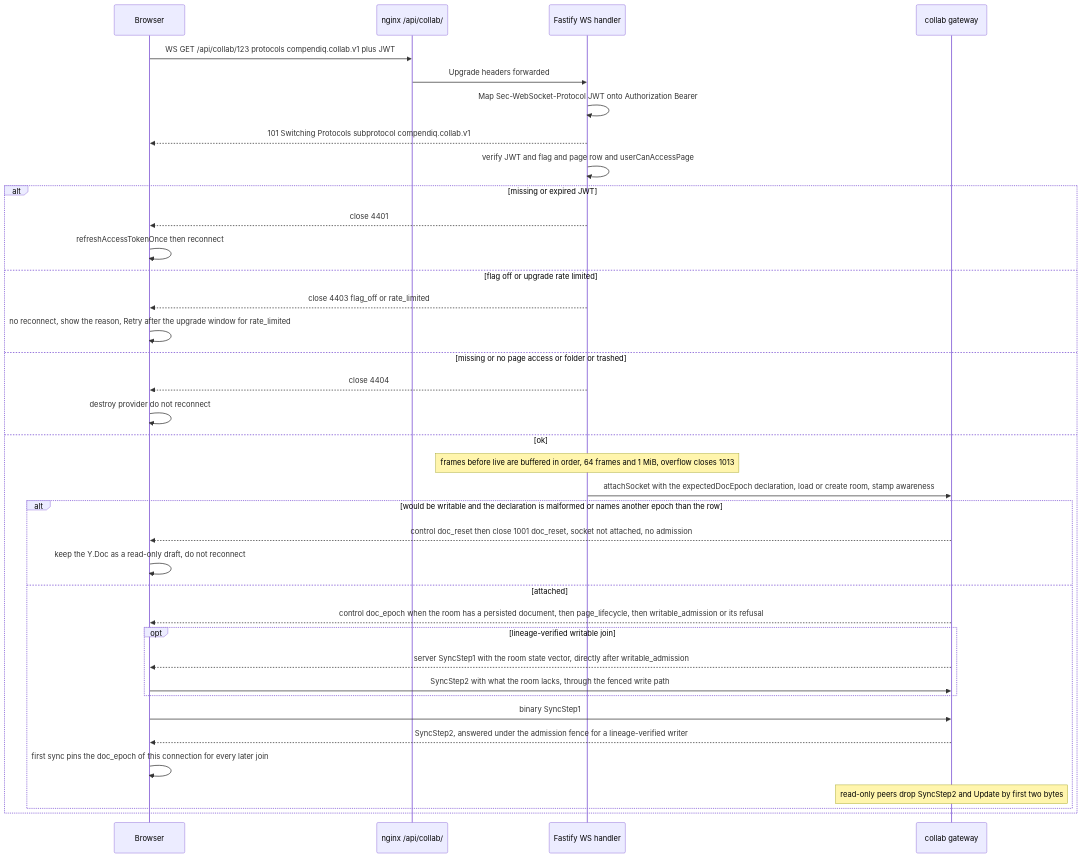
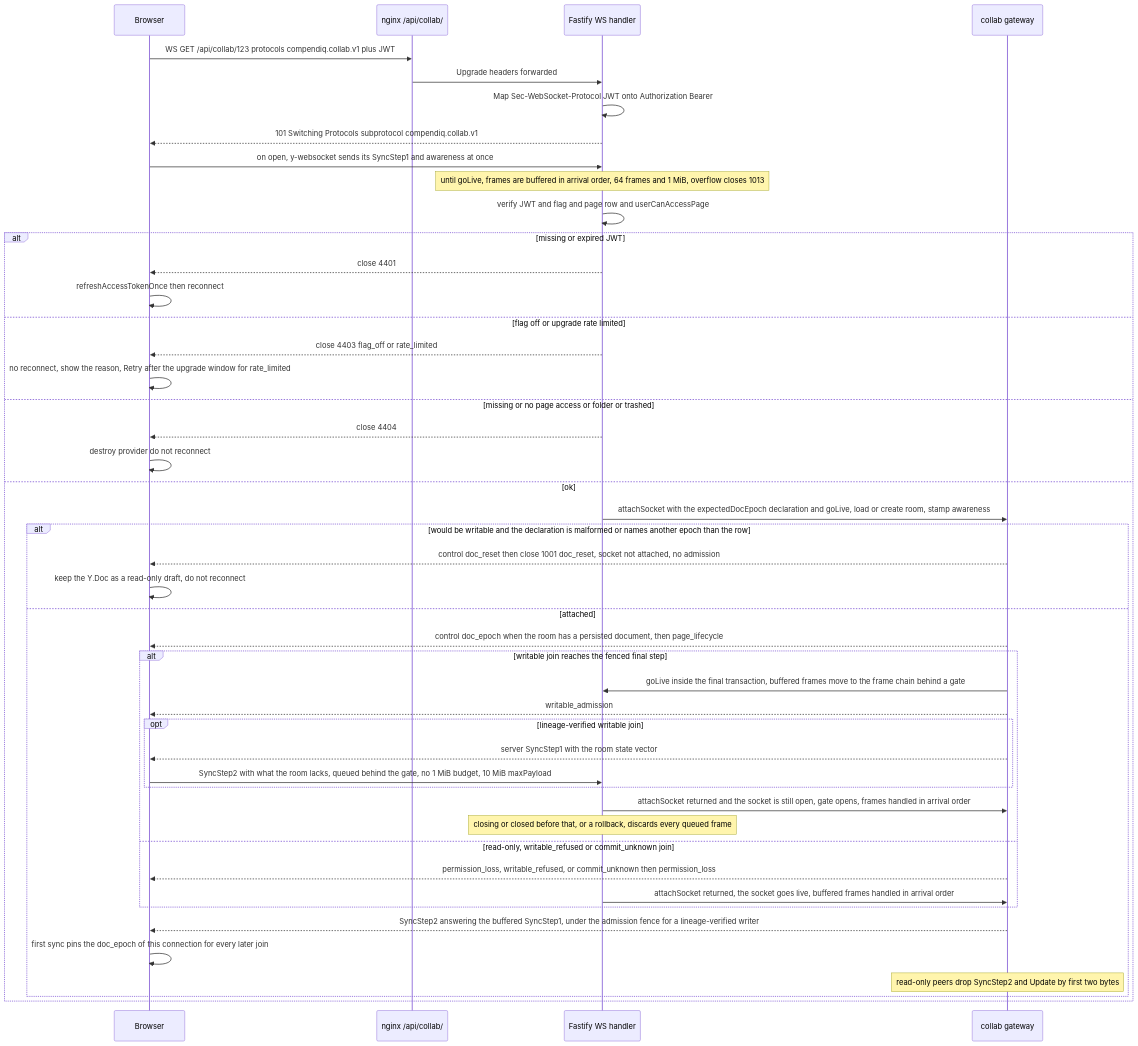
Before and after one commit to Compendiq/compendiq-ce: the second of 3 diagrams in docs/architecture/12-realtime-collaboration.md, drawn with Mermaid. The commit also changed other lines of this file and 2 other files, not shown here.

First line of the commit message:
fix(collab): drain the handoff only on an open socket and correct its docs and fixtures (#1928)

````diff
--- a/docs/architecture/12-realtime-collaboration.md
+++ b/docs/architecture/12-realtime-collaboration.md
@@ -90,40 +90,49 @@
 ```mermaid
 sequenceDiagram
     participant B as Browser
     participant N as nginx /api/collab/
     participant F as Fastify WS handler
     participant G as collab gateway
 
     B->>N: WS GET /api/collab/123 protocols compendiq.collab.v1 plus JWT
     N->>F: Upgrade headers forwarded
     F->>F: Map Sec-WebSocket-Protocol JWT onto Authorization Bearer
     F-->>B: 101 Switching Protocols subprotocol compendiq.collab.v1
+    B->>F: on open, y-websocket sends its SyncStep1 and awareness at once
+    Note over F: until goLive, frames are buffered in arrival order, 64 frames and 1 MiB, overflow closes 1013
     F->>F: verify JWT and flag and page row and userCanAccessPage
     alt missing or expired JWT
         F-->>B: close 4401
         B->>B: refreshAccessTokenOnce then reconnect
     else flag off or upgrade rate limited
         F-->>B: close 4403 flag_off or rate_limited
         B->>B: no reconnect, show the reason, Retry after the upgrade window for rate_limited
     else missing or no page access or folder or trashed
         F-->>B: close 4404
         B->>B: destroy provider do not reconnect
     else ok
-        Note over F: frames before live are buffered in order, 64 frames and 1 MiB, overflow closes 1013
-        F->>G: attachSocket with the expectedDocEpoch declaration, load or create room, stamp awareness
+        F->>G: attachSocket with the expectedDocEpoch declaration and goLive, load or create room, stamp awareness
         alt would be writable and the declaration is malformed or names another epoch than the row
             G-->>B: control doc_reset then close 1001 doc_reset, socket not attached, no admission
             B->>B: keep the Y.Doc as a read-only draft, do not reconnect
         else attached
-            G-->>B: control doc_epoch when the room has a persisted document, then page_lifecycle, then writable_admission or its refusal
-            opt lineage-verified writable join
-                G-->>B: server SyncStep1 with the room state vector, directly after writable_admission
-                B->>G: SyncStep2 with what the room lacks, through the fenced write path
+            G-->>B: control doc_epoch when the room has a persisted document, then page_lifecycle
+            alt writable join reaches the fenced final step
+                G->>F: goLive inside the final transaction, buffered frames move to the frame chain behind a gate
+                G-->>B: writable_admission
+                opt lineage-verified writable join
+                    G-->>B: server SyncStep1 with the room state vector
+                    B->>F: SyncStep2 with what the room lacks, queued behind the gate, no 1 MiB budget, 10 MiB maxPayload
+                end
+                F->>G: attachSocket returned and the socket is still open, gate opens, frames handled in arrival order
+                Note over F: closing or closed before that, or a rollback, discards every queued frame
+            else read-only, writable_refused or commit_unknown join
+                G-->>B: permission_loss, writable_refused, or commit_unknown then permission_loss
+                F->>G: attachSocket returned, the socket goes live, buffered frames handled in arrival order
             end
-            B->>G: binary SyncStep1
-            G-->>B: SyncStep2, answered under the admission fence for a lineage-verified writer
+            G-->>B: SyncStep2 answering the buffered SyncStep1, under the admission fence for a lineage-verified writer
             B->>B: first sync pins the doc_epoch of this connection for every later join
             Note over G: read-only peers drop SyncStep2 and Update by first two bytes
         end
     end
 ```
````
